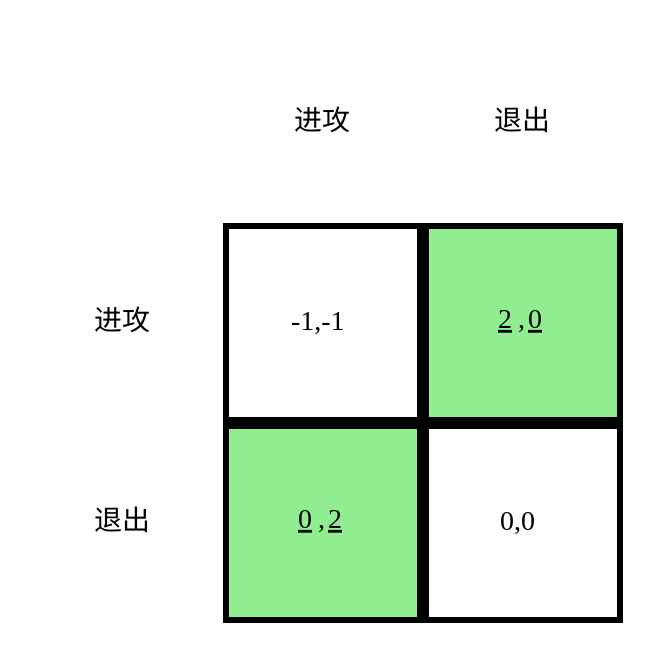
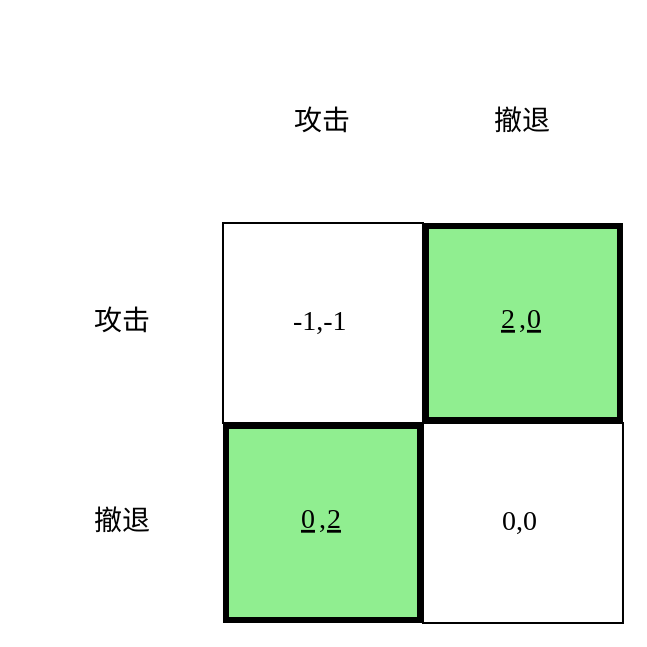
Before and after one commit to Binjian/org: the seventh of 12 diagrams in mode/drl_101.org, drawn with Graphviz. The commit also changed other lines of this file and 6 other files, not shown here.

```diff
--- a/mode/drl_101.org
+++ b/mode/drl_101.org
@@ -144,23 +284,23 @@
-#+begin_src dot :file img/drl101/ne1.png
+#+begin_src dot :file img/drl101/ne2.png
 digraph G {
-    node1 [shape=none, margin=0, label=<
+    node1 [shape=none, margin=0, fontname="LXGW WenKai Mono", label=<
         <TABLE BORDER="0" CELLBORDER="0" CELLSPACING="0" CELLPADDING="0" WIDTH="300" HEIGHT="300">
             <TR>
                 <TD WIDTH="100" HEIGHT="100" BGCOLOR="None"></TD>
-                <TD WIDTH="100" HEIGHT="100" BGCOLOR="None">进攻</TD>
-                <TD WIDTH="100" HEIGHT="100" BGCOLOR="None">退出</TD>
+                <TD WIDTH="100" HEIGHT="100" BGCOLOR="None">攻击</TD>
+                <TD WIDTH="100" HEIGHT="100" BGCOLOR="None">撤退</TD>
             </TR>
             <TR>
-                <TD WIDTH="100" HEIGHT="100" BGCOLOR="None">进攻</TD>
-                <TD WIDTH="100" HEIGHT="100" BORDER="3">-1,-1</TD>
+                <TD WIDTH="100" HEIGHT="100" BGCOLOR="None">攻击</TD>
+                <TD WIDTH="100" HEIGHT="100" BORDER="1">-1,-1</TD>
                 <TD WIDTH="100" HEIGHT="100" BGCOLOR="lightgreen" BORDER="3"><u>2</u>,<u>0</u></TD>
             </TR>
             <TR>
-                <TD WIDTH="100" HEIGHT="100" BGCOLOR="None">退出</TD>
+                <TD WIDTH="100" HEIGHT="100" BGCOLOR="None">撤退</TD>
                 <TD WIDTH="100" HEIGHT="100" BGCOLOR="lightgreen" BORDER="3"><u>0</u>,<u>2</u></TD>
-                <TD WIDTH="100" HEIGHT="100" BORDER="3">0,0</TD>
+                <TD WIDTH="100" HEIGHT="100" BORDER="1">0,0</TD>
             </TR>
         </TABLE>
     >];
 }
 #+end_src
```
